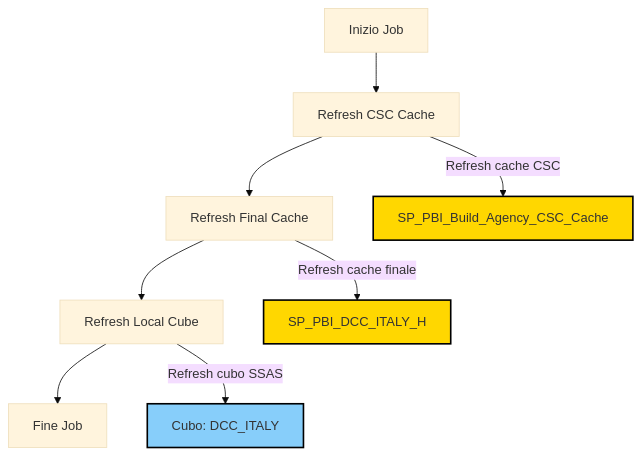
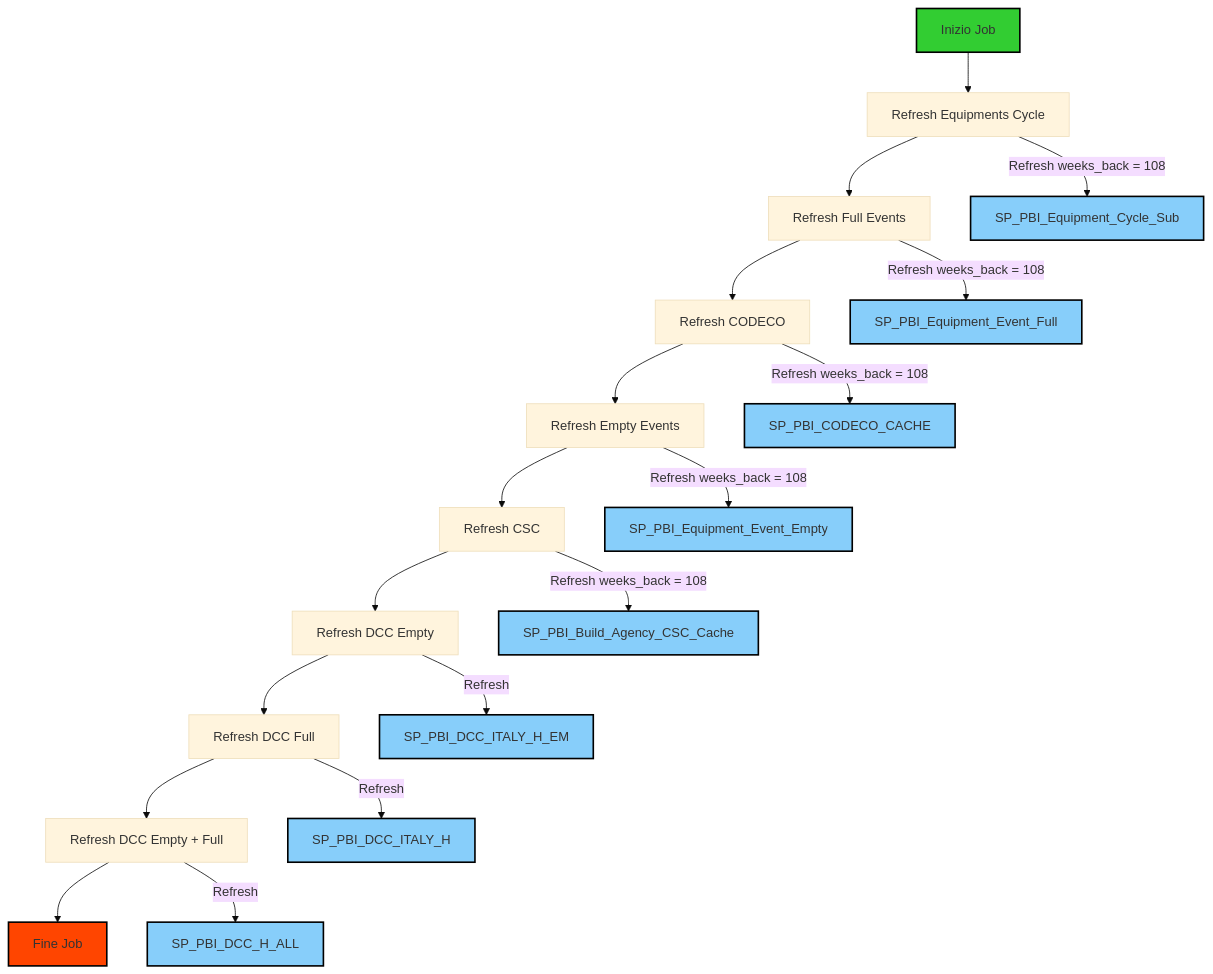
Before and after one commit to grellag/Project_Python: the diagram in DCC_Trasporti_H/README.MD, drawn with Mermaid. The commit also changed 25 other files, not shown here.

Commit message:
Nuovo ordine file puml e mermaid riassuntivo

````diff
--- a/DCC_Trasporti_H/README.MD
+++ b/DCC_Trasporti_H/README.MD
@@ -3,19 +3,36 @@
 ```mermaid
 %%{init: {'theme': 'base', 'themeVariables': {'handdraw': true}}}%%
 flowchart TB
-    A[Inizio Job] --> C[Refresh CSC Cache]
-    C --> D[Refresh Final Cache]
-    D --> E[Refresh Local Cube]
-    E --> F[Fine Job]
+    A[Inizio Job] --> B[Refresh Equipments Cycle]
+    B --> C[Refresh Full Events]
+    C --> D[Refresh CODECO]
+    D --> E[Refresh Empty Events]
+    E --> F[Refresh CSC]
+    F --> G[Refresh DCC Empty]
+    G --> H[Refresh DCC Full]
+    H --> I[Refresh DCC Empty + Full]
+    I --> L[Fine Job]
 
     %% Descrizione dei passi:
 
-    C -->|Refresh cache CSC| H[SP_PBI_Build_Agency_CSC_Cache]
-    D -->|Refresh cache finale| I[SP_PBI_DCC_ITALY_H]
-    E -->|Refresh cubo SSAS| J[Cubo: DCC_ITALY]
+    B -->|Refresh weeks_back = 108| P[SP_PBI_Equipment_Cycle_Sub]
+    C -->|Refresh weeks_back = 108| Q[SP_PBI_Equipment_Event_Full]
+    D -->|Refresh weeks_back = 108| R[SP_PBI_CODECO_CACHE]
+    E -->|Refresh weeks_back = 108| S[SP_PBI_Equipment_Event_Empty]
+    F -->|Refresh weeks_back = 108| T[SP_PBI_Build_Agency_CSC_Cache]
+    G -->|Refresh| U[SP_PBI_DCC_ITALY_H_EM]
+    H -->|Refresh| V[SP_PBI_DCC_ITALY_H]
+    I -->|Refresh| Z[SP_PBI_DCC_H_ALL]
 
     %% Stili personalizzati:
-    style H fill:#FFD700,stroke:#000,stroke-width:2px
-    style I fill:#FFD700,stroke:#000,stroke-width:2px
-    style J fill:#87CEFA,stroke:#000,stroke-width:2px
+    style A fill:#32CD32,stroke:#000,stroke-width:2px
+    style L fill:#FF4500,stroke:#000,stroke-width:2px
+    style P fill:#87CEFA,stroke:#000,stroke-width:2px
+    style Q fill:#87CEFA,stroke:#000,stroke-width:2px
+    style R fill:#87CEFA,stroke:#000,stroke-width:2px
+    style S fill:#87CEFA,stroke:#000,stroke-width:2px
+    style T fill:#87CEFA,stroke:#000,stroke-width:2px
+    style U fill:#87CEFA,stroke:#000,stroke-width:2px
+    style V fill:#87CEFA,stroke:#000,stroke-width:2px
+    style Z fill:#87CEFA,stroke:#000,stroke-width:2px
 ```
````
